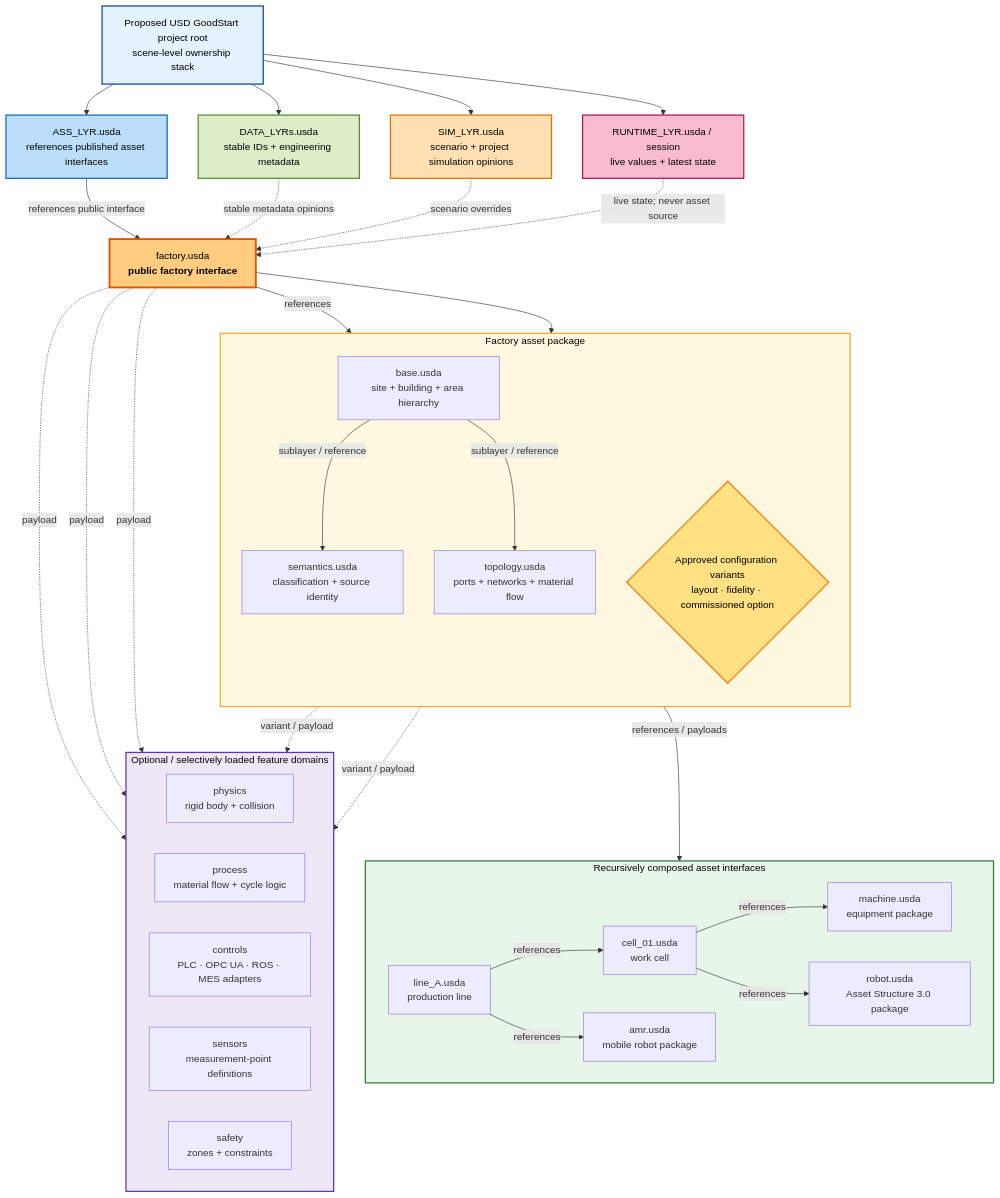
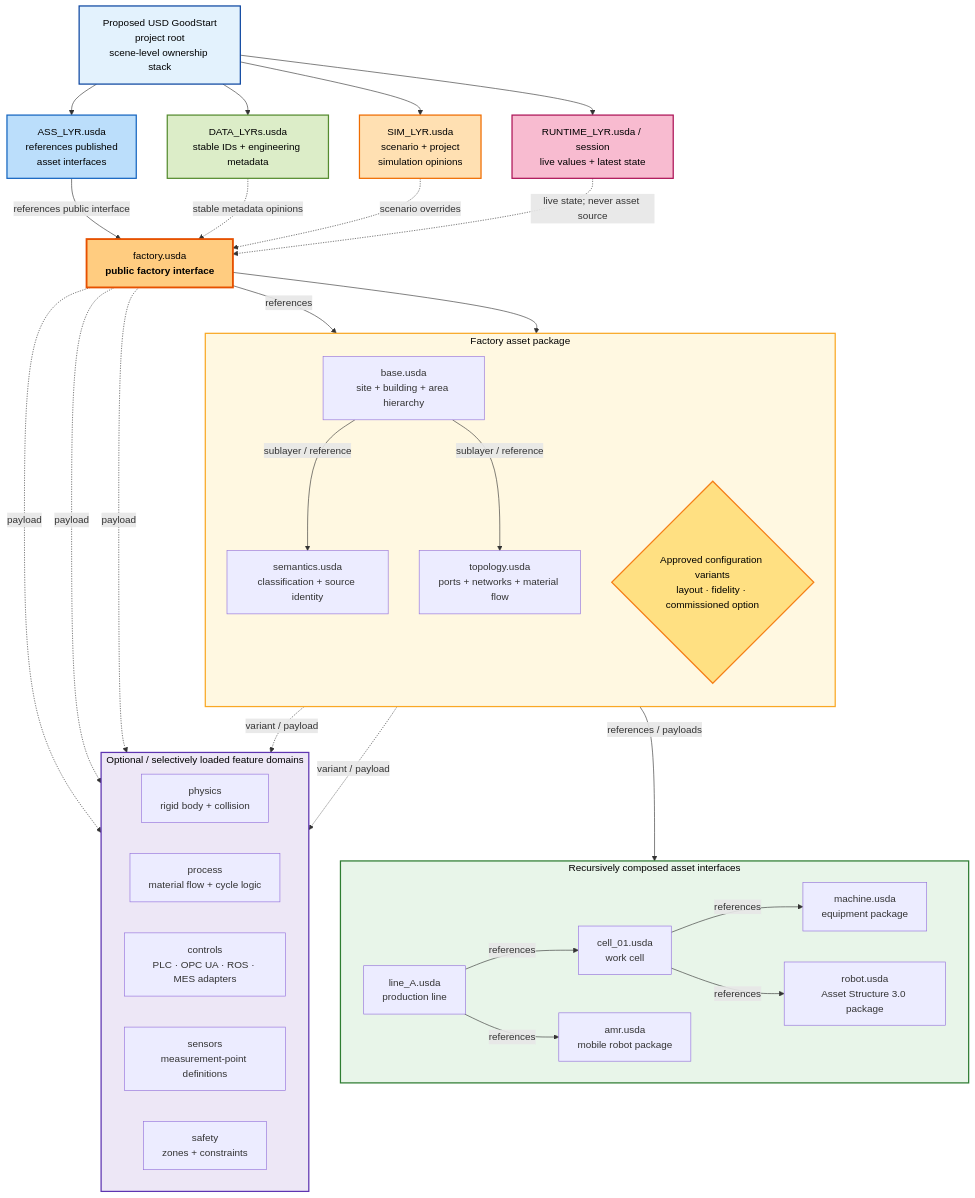
One commit to jph2/USD_GoodStart changed diagram 17 of 21 in WIP_Docs/LAYER_ORDER_REFERENCES_RESEARCH.md. Above: the diagram before and after it, drawn with Mermaid. The commit also changed other lines of this file, not shown here.

Commit message:
Fix Mermaid label clipping in research diagrams

````diff
--- a/WIP_Docs/LAYER_ORDER_REFERENCES_RESEARCH.md
+++ b/WIP_Docs/LAYER_ORDER_REFERENCES_RESEARCH.md
@@ -2094,72 +2103,72 @@
 ```mermaid
 flowchart TB
-    Root["Proposed USD GoodStart project root<br/>scene-level ownership stack"]
-    ASS["ASS_LYR.usda<br/>references published asset interfaces"]
+    Root["Proposed USD GoodStart<br/>project root<br/>scene-level ownership stack"]
+    ASS["ASS_LYR.usda<br/>references published<br/>asset interfaces"]
     DATA["DATA_LYRs.usda<br/>stable IDs + engineering metadata"]
-    SIM["SIM_LYR.usda<br/>scenario + project simulation opinions"]
+    SIM["SIM_LYR.usda<br/>scenario + project<br/>simulation opinions"]
     RUN["RUNTIME_LYR.usda / session<br/>live values + latest state"]
 
     Factory["factory.usda<br/><b>public factory interface</b>"]
 
     subgraph FactoryPackage["Factory asset package"]
         direction TB
         FactoryBase["base.usda<br/>site + building + area hierarchy"]
         FactorySem["semantics.usda<br/>classification + source identity"]
         FactoryTopo["topology.usda<br/>ports + networks + material flow"]
         FactoryVariants{"Approved configuration variants<br/>layout · fidelity · commissioned option"}
 
         FactoryBase -->|"sublayer / reference"| FactorySem
         FactoryBase -->|"sublayer / reference"| FactoryTopo
     end
 
     subgraph NestedAssets["Recursively composed asset interfaces"]
         direction LR
         Line["line_A.usda<br/>production line"]
         Cell["cell_01.usda<br/>work cell"]
         Machine["machine.usda<br/>equipment package"]
         Robot["robot.usda<br/>Asset Structure 3.0 package"]
         Mobile["amr.usda<br/>mobile robot package"]
 
         Line -->|"references"| Cell
         Cell -->|"references"| Machine
         Cell -->|"references"| Robot
         Line -->|"references"| Mobile
     end
 
     subgraph FeatureDomains["Optional / selectively loaded feature domains"]
         direction LR
         Physics["physics<br/>rigid body + collision"]
         Process["process<br/>material flow + cycle logic"]
         Controls["controls<br/>PLC · OPC UA · ROS · MES adapters"]
         Sensors["sensors<br/>measurement-point definitions"]
         Safety["safety<br/>zones + constraints"]
     end
 
     Root --> ASS
     Root --> DATA
     Root --> SIM
     Root --> RUN
     ASS -->|"references public interface"| Factory
     Factory -->|"references"| FactoryBase
     FactoryBase -->|"references / payloads"| Line
     Factory --> FactoryVariants
     FactoryVariants -.->|"variant / payload"| Physics
     FactoryVariants -.->|"variant / payload"| Process
     Factory -.->|"payload"| Controls
     Factory -.->|"payload"| Sensors
     Factory -.->|"payload"| Safety
     DATA -.->|"stable metadata opinions"| Factory
     SIM -.->|"scenario overrides"| Factory
     RUN -.->|"live state; never asset source"| Factory
 
     style Root fill:#e3f2fd,stroke:#0d47a1,stroke-width:2px,color:#000
     style ASS fill:#bbdefb,stroke:#1565c0,stroke-width:2px,color:#000
     style DATA fill:#dcedc8,stroke:#558b2f,stroke-width:2px,color:#000
     style SIM fill:#ffe0b2,stroke:#ef6c00,stroke-width:2px,color:#000
     style RUN fill:#f8bbd0,stroke:#ad1457,stroke-width:2px,color:#000
     style Factory fill:#ffcc80,stroke:#e65100,stroke-width:3px,color:#000
     style FactoryPackage fill:#fff8e1,stroke:#f9a825,stroke-width:2px,color:#000
     style NestedAssets fill:#e8f5e9,stroke:#2e7d32,stroke-width:2px,color:#000
     style FeatureDomains fill:#ede7f6,stroke:#5e35b1,stroke-width:2px,color:#000
     style FactoryVariants fill:#ffe082,stroke:#f57f17,stroke-width:2px,color:#000
 ```
````
